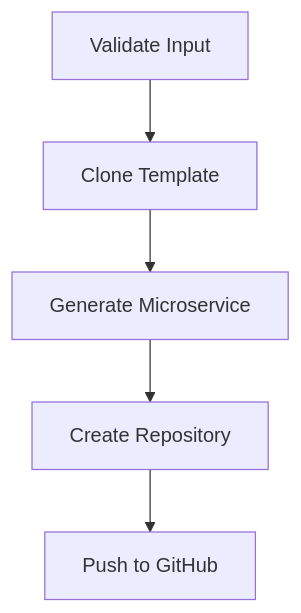
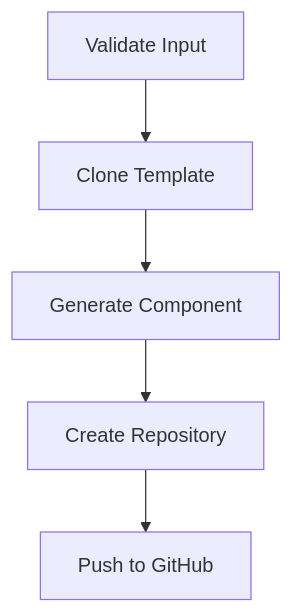
Before and after one commit to adriandantas/create-component-workflow: the diagram in README.md, drawn with Mermaid. The commit also changed other lines of this file and 5 other files, not shown here.

````diff
--- a/README.md
+++ b/README.md
@@ -16,7 +16,7 @@
 ```mermaid
 graph TD;
 A[Validate Input] --> B[Clone Template];
-B --> C[Generate Microservice];
+B --> C[Generate Component];
 C --> D[Create Repository];
 D --> E[Push to GitHub];
 ```
````
